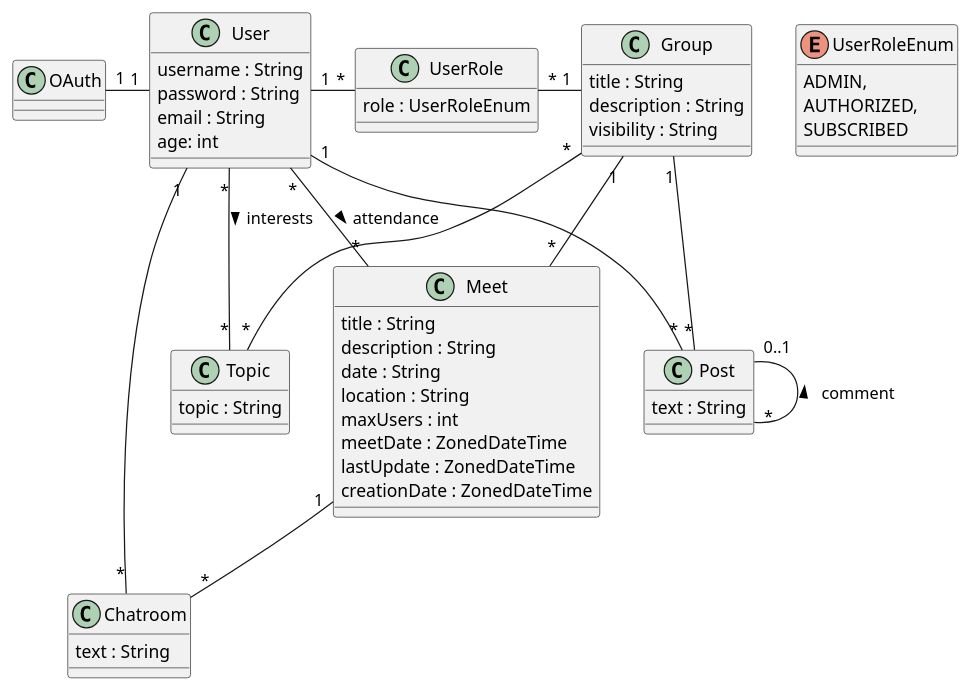
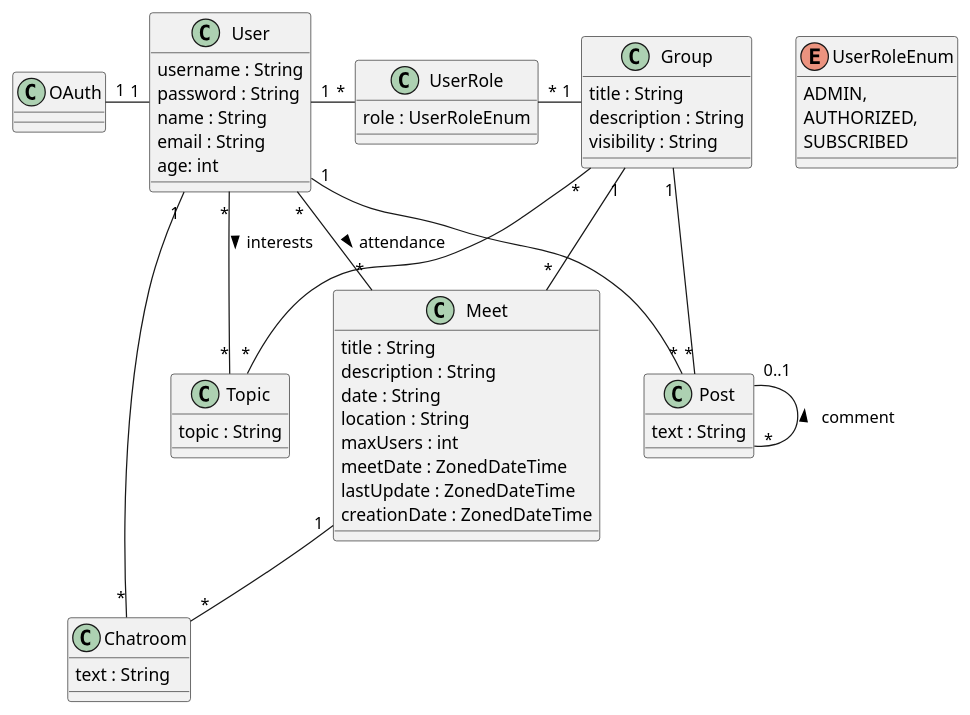
One commit to UdL-EPS-SoftArch/LinkApp-API changed the diagram in EntitiesModel.puml. Above: the diagram before and after it, drawn with PlantUML.

Commit message:
Attribute name added to UML

```diff
--- a/EntitiesModel.puml
+++ b/EntitiesModel.puml
@@ -1,64 +1,65 @@
 @startuml
 
 class User {
   username : String
   password : String
+  name : String
   email : String
   age: int
 
 }
 class OAuth{
 }
 class Group {
     title : String
     description : String
     visibility : String
 }
 
 class Topic {
      topic : String
 }
 
 enum UserRoleEnum {
     ADMIN,
     AUTHORIZED,
     SUBSCRIBED
 }
 
 class UserRole {
      role : UserRoleEnum
 }
 
 class Post {
      text : String
 }
 
 class Chatroom {
      text : String
 }
 
 class Meet {
     title : String
     description : String
     date : String
     location : String
     maxUsers : int
     meetDate : ZonedDateTime
     lastUpdate : ZonedDateTime
     creationDate : ZonedDateTime
 }
 
 User "1" --right-- "*" Chatroom
 Meet "1" -- "*" Chatroom
 Group "*" --right-- "*" Topic
 Group "1" --left-- "*" UserRole
 User "1" --right-- "*" UserRole
 User "1" --left-- "1" OAuth
 Post "0..1" --right-- "*" Post : comment <
 User "*" -- "*" Topic : interests >
 User "1" --right-- "*" Post
 Group "1" -- "*" Post
 Group "1" -- "*" Meet
 User "*" --right-- "*" Meet : attendance >
 
 @enduml
```
